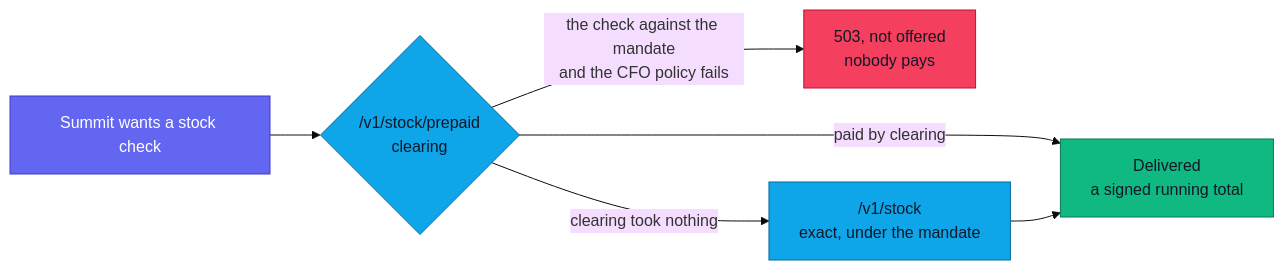
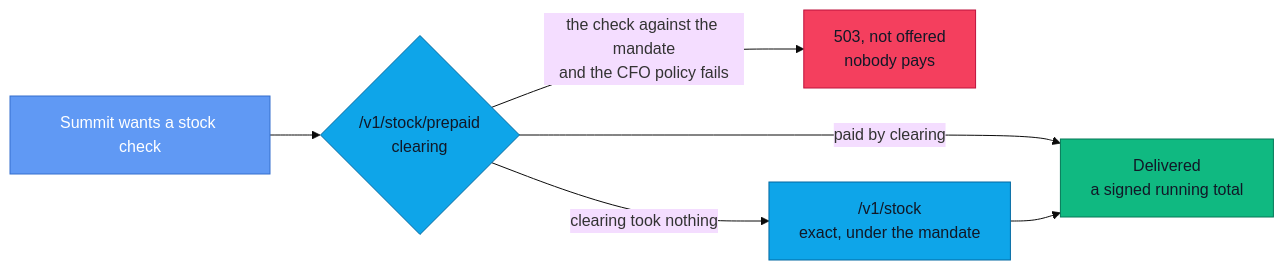
Before and after one commit to agamemnon-coder/x402-business-agents: the third of 3 diagrams in docs/cards-and-clearing.md, drawn with Mermaid (base theme). The commit also changed other lines of this file and 184 other files, not shown here.

````diff
--- a/docs/cards-and-clearing.md
+++ b/docs/cards-and-clearing.md
@@ -131,15 +131,15 @@
 ```mermaid
 flowchart LR
   S["Summit wants a stock check"] --> C{"/v1/stock/prepaid<br/>clearing"}
   C -- "the check against the mandate<br/>and the CFO policy fails" --> N["503, not offered<br/>nobody pays"]
   C -- "paid by clearing" --> OK["Delivered<br/>a signed running total"]
   C -- "clearing took nothing" --> M["/v1/stock<br/>exact, under the mandate"] --> OK
-  classDef sourcing fill:#6366f1,stroke:#4338ca,color:#ffffff
+  classDef sourcing fill:#6099f4,stroke:#356fcd,color:#ffffff
   classDef rails fill:#0ea5e9,stroke:#0369a1,color:#111827
   classDef stop fill:#f43f5e,stroke:#be123c,color:#111827
   classDef ok fill:#10b981,stroke:#047857,color:#111827
   class S sourcing
   class C,M rails
   class N stop
   class OK ok
 ```
````
